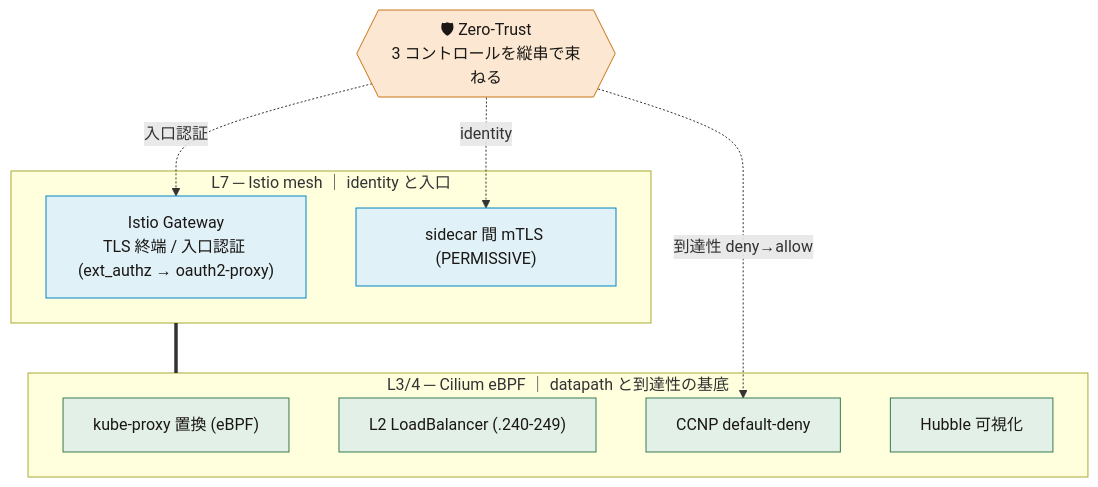
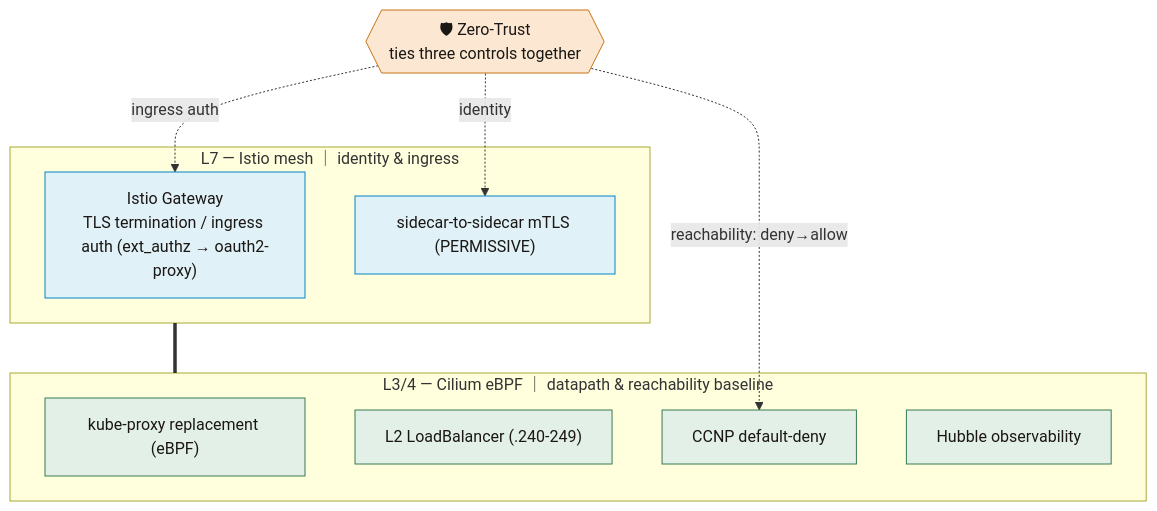
One commit to yu-min3/kensan-lab changed the first of 3 diagrams in kubernetes/network/README.md. Above: the diagram before and after it, drawn with Mermaid. The commit also changed other lines of this file, not shown here.

Commit message:
docs(network): 英語化 + SEO タイトル + 読者向け導入、route 図を整理(4→3図)

````diff
--- a/kubernetes/network/README.md
+++ b/kubernetes/network/README.md
@@ -22,27 +24,27 @@
 ```mermaid
 flowchart TB
-    subgraph ISTIO["L7 ─ Istio mesh ｜ identity と入口"]
-        GW["Istio Gateway<br/>TLS 終端 / 入口認証 (ext_authz → oauth2-proxy)"]
-        MTLS["sidecar 間 mTLS (PERMISSIVE)"]
+    subgraph ISTIO["L7 — Istio mesh ｜ identity & ingress"]
+        GW["Istio Gateway<br/>TLS termination / ingress auth (ext_authz → oauth2-proxy)"]
+        MTLS["sidecar-to-sidecar mTLS (PERMISSIVE)"]
     end
-    subgraph CILIUM["L3/4 ─ Cilium eBPF ｜ datapath と到達性の基底"]
-        KP["kube-proxy 置換 (eBPF)"]
+    subgraph CILIUM["L3/4 — Cilium eBPF ｜ datapath & reachability baseline"]
+        KP["kube-proxy replacement (eBPF)"]
         LB["L2 LoadBalancer (.240-249)"]
         CCNP["CCNP default-deny"]
-        HUB["Hubble 可視化"]
+        HUB["Hubble observability"]
     end
     ISTIO === CILIUM
 
-    ZT{{"🛡 Zero-Trust<br/>3 コントロールを縦串で束ねる"}}
-    ZT -.->|入口認証| GW
+    ZT{{"🛡 Zero-Trust<br/>ties three controls together"}}
+    ZT -.->|ingress auth| GW
     ZT -.->|identity| MTLS
-    ZT -.->|到達性 deny→allow| CCNP
+    ZT -.->|reachability: deny→allow| CCNP
 
     classDef default fill:#FCFAF6,stroke:#D2C9B5,color:#1A1714
     classDef l7 fill:#E0F1F8,stroke:#0284C7,color:#1A1714
     classDef l34 fill:#E3F0E8,stroke:#377A50,color:#1A1714
     classDef zt fill:#FBE7D2,stroke:#C97516,color:#1A1714
     class GW,MTLS l7
     class KP,LB,CCNP,HUB l34
     class ZT zt
 ```
````
